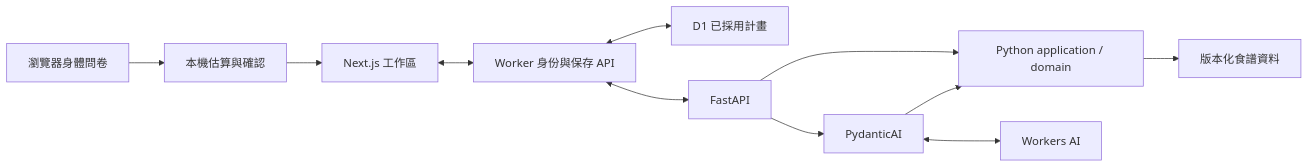
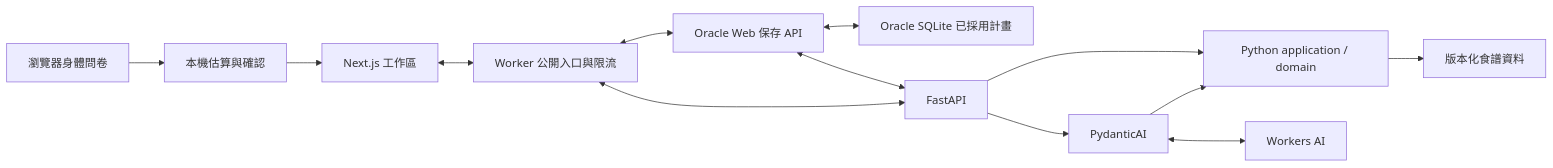
The diagram in architecture.md (Will413028/meal-prep-agent), drawn with Mermaid before and after one commit. The commit also changed other lines of this file and 31 other files, not shown here.

Commit message:
feat: prepare Oracle SQLite persistence cutover

````diff
--- a/architecture.md
+++ b/architecture.md
@@ -43,13 +43,15 @@
 ```mermaid
 flowchart LR
   Form[瀏覽器身體問卷] --> Estimate[本機估算與確認]
   Estimate --> Web[Next.js 工作區]
-  Web <--> Proxy[Worker 身份與保存 API]
-  Proxy <--> D1[D1 已採用計畫]
-  Proxy <--> API[FastAPI]
+  Web <--> Proxy[Worker 公開入口與限流]
+  Proxy <--> Saved[Oracle Web 保存 API]
+  Saved <--> SQLite[Oracle SQLite 已採用計畫]
+  Saved <--> API[FastAPI]
+  Proxy <--> API
   API --> Cases[Python application / domain]
   API --> Agent[PydanticAI]
   Agent --> Cases
   Agent <--> Model[Workers AI]
   Cases --> Catalog[版本化食譜資料]
 ```
````
